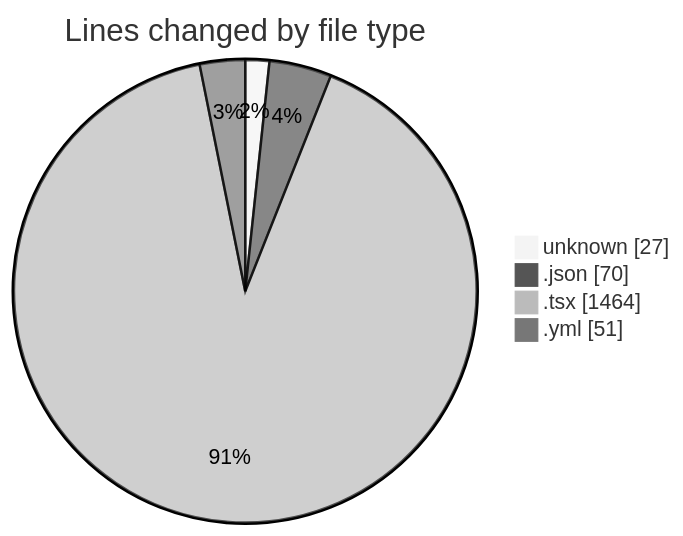
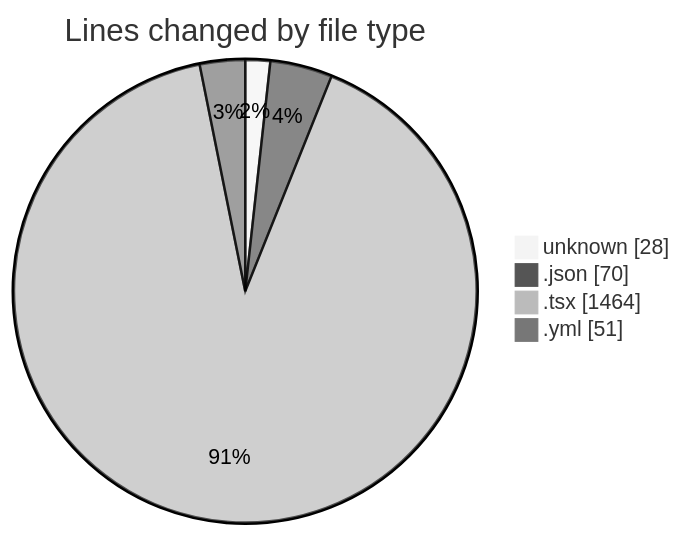
One commit to robertbonfada/code-tracking changed the first of 2 diagrams in 2025-01-14/mbc-web/README.md. Above: the diagram before and after it, drawn with Mermaid (neutral theme). The commit also changed other lines of this file and 1 other file, not shown here.

````diff
--- a/2025-01-14/mbc-web/README.md
+++ b/2025-01-14/mbc-web/README.md
@@ -35,8 +35,8 @@
 ```mermaid
 pie showData
 title Lines changed by file type
-"unknown" : 27
+"unknown" : 28
 ".json" : 70
 ".tsx" : 1464
 ".yml" : 51
 ```
````
